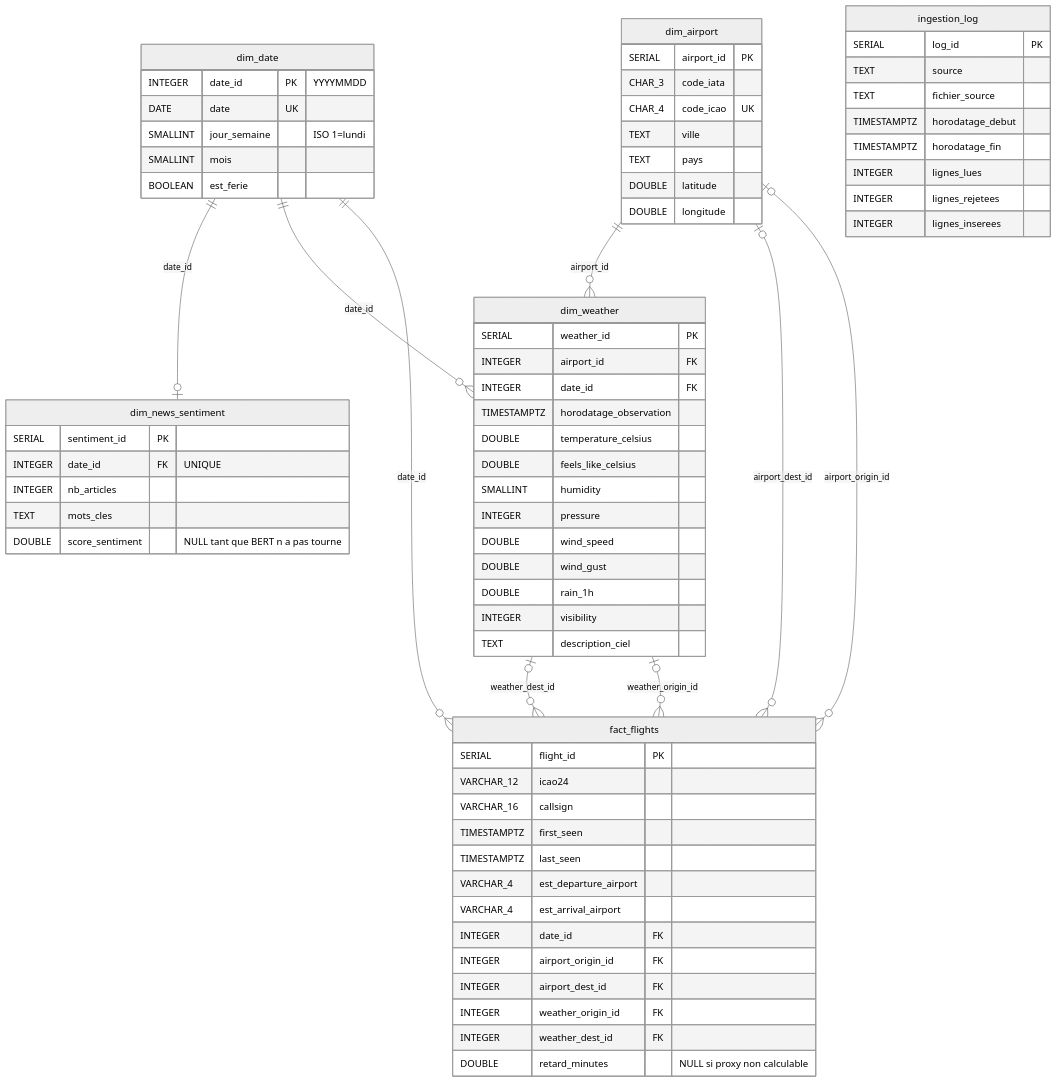
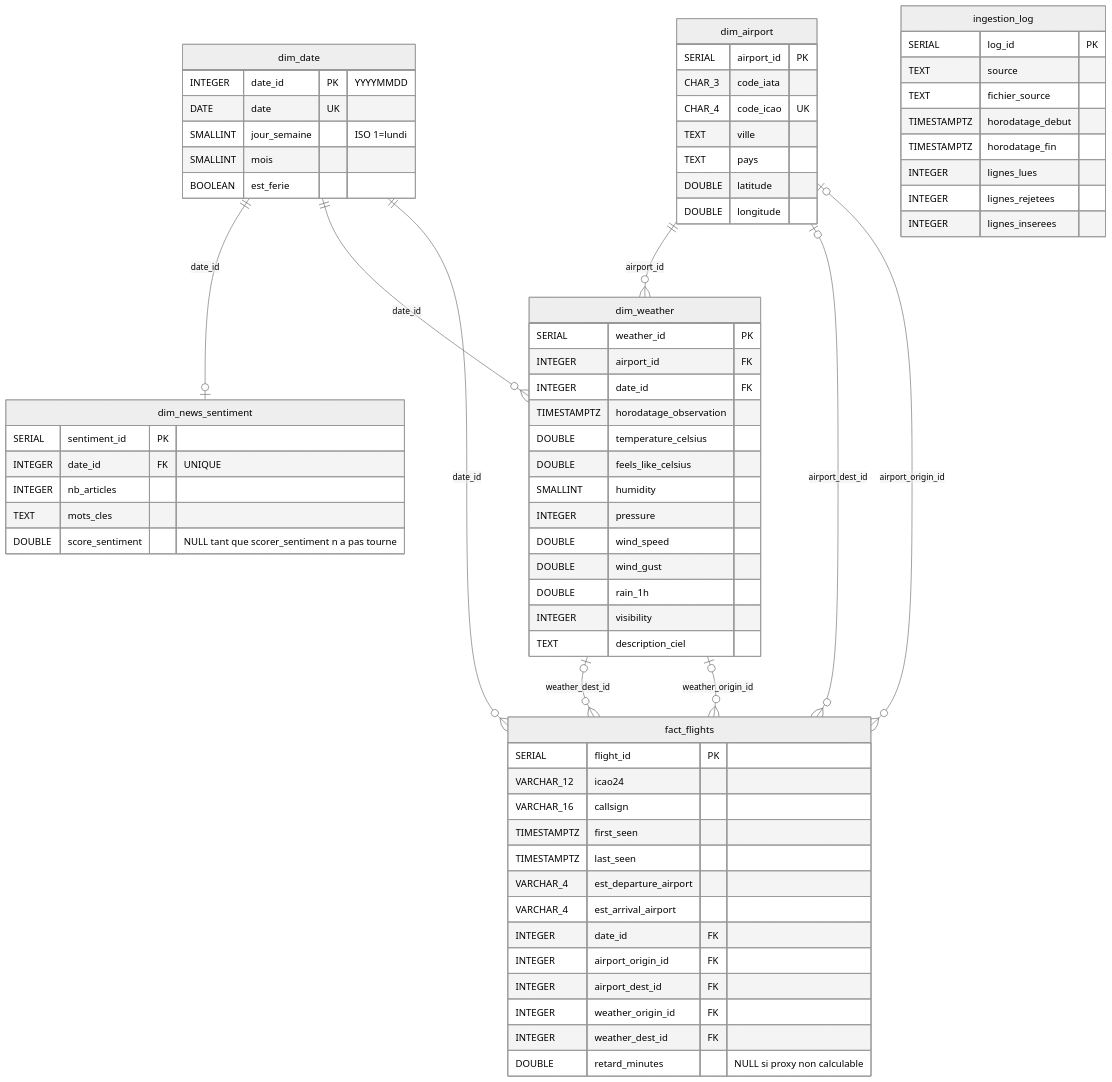
Before and after one commit to Jemaveh/flight-delay-prediction: the diagram in docs/erd_schema.md, drawn with Mermaid (neutral theme). The commit also changed 2 other files, not shown here.

Commit message:
docs: preciser le score BERT sur l'ERD et alleger les commentaires.

````diff
--- a/docs/erd_schema.md
+++ b/docs/erd_schema.md
@@ -29,80 +29,80 @@
 ```mermaid
 erDiagram
     dim_date ||--o{ fact_flights : date_id
     dim_airport |o--o{ fact_flights : airport_origin_id
     dim_airport |o--o{ fact_flights : airport_dest_id
     dim_weather |o--o{ fact_flights : weather_origin_id
     dim_weather |o--o{ fact_flights : weather_dest_id
     dim_airport ||--o{ dim_weather : airport_id
     dim_date ||--o{ dim_weather : date_id
     dim_date ||--o| dim_news_sentiment : date_id
 
     dim_date {
         INTEGER date_id PK "YYYYMMDD"
         DATE date UK
         SMALLINT jour_semaine "ISO 1=lundi"
         SMALLINT mois
         BOOLEAN est_ferie
     }
 
     dim_airport {
         SERIAL airport_id PK
         CHAR_3 code_iata
         CHAR_4 code_icao UK
         TEXT ville
         TEXT pays
         DOUBLE latitude
         DOUBLE longitude
     }
 
     dim_weather {
         SERIAL weather_id PK
         INTEGER airport_id FK
         INTEGER date_id FK
         TIMESTAMPTZ horodatage_observation
         DOUBLE temperature_celsius
         DOUBLE feels_like_celsius
         SMALLINT humidity
         INTEGER pressure
         DOUBLE wind_speed
         DOUBLE wind_gust
         DOUBLE rain_1h
         INTEGER visibility
         TEXT description_ciel
     }
 
     dim_news_sentiment {
         SERIAL sentiment_id PK
         INTEGER date_id FK "UNIQUE"
         INTEGER nb_articles
         TEXT mots_cles
-        DOUBLE score_sentiment "NULL tant que BERT n a pas tourne"
+        DOUBLE score_sentiment "NULL tant que scorer_sentiment n a pas tourne"
     }
 
     fact_flights {
         SERIAL flight_id PK
         VARCHAR_12 icao24
         VARCHAR_16 callsign
         TIMESTAMPTZ first_seen
         TIMESTAMPTZ last_seen
         VARCHAR_4 est_departure_airport
         VARCHAR_4 est_arrival_airport
         INTEGER date_id FK
         INTEGER airport_origin_id FK
         INTEGER airport_dest_id FK
         INTEGER weather_origin_id FK
         INTEGER weather_dest_id FK
         DOUBLE retard_minutes "NULL si proxy non calculable"
     }
 
     ingestion_log {
         SERIAL log_id PK
         TEXT source
         TEXT fichier_source
         TIMESTAMPTZ horodatage_debut
         TIMESTAMPTZ horodatage_fin
         INTEGER lignes_lues
         INTEGER lignes_rejetees
         INTEGER lignes_inserees
     }
 ```
````
